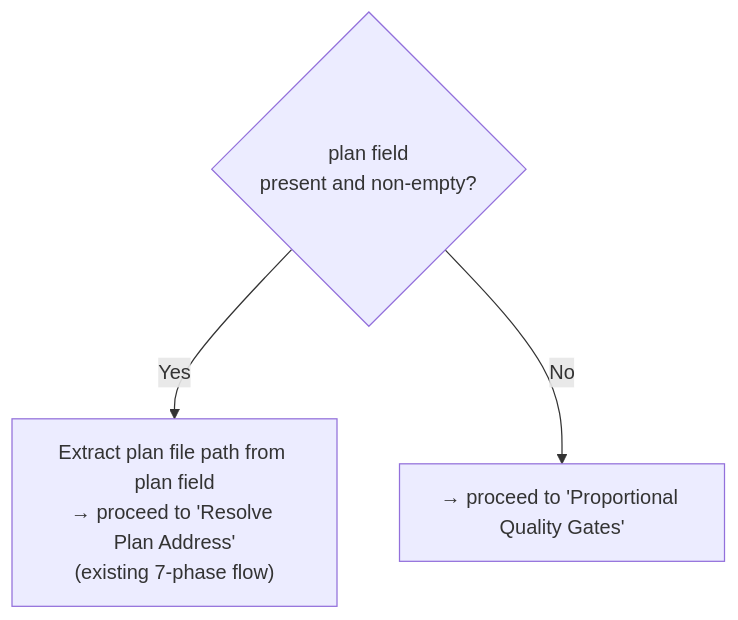
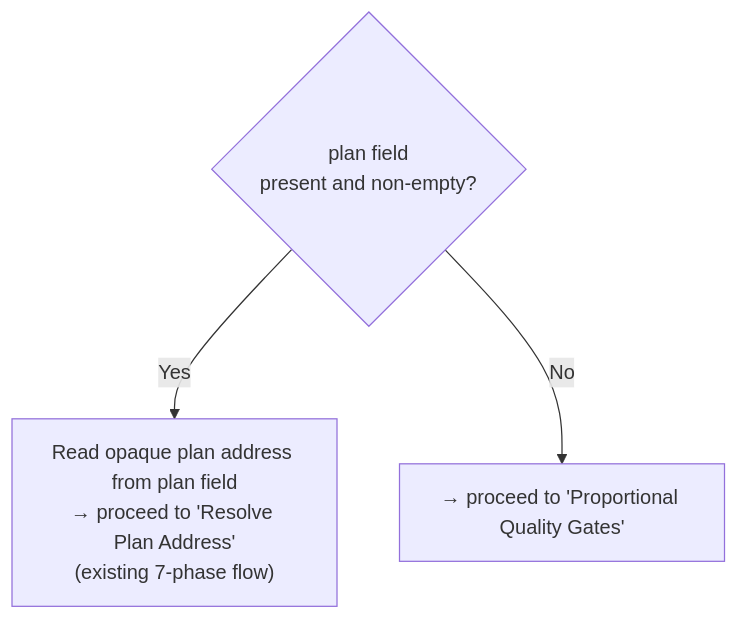
The second of 8 diagrams in plugins/development-harness/skills/complete-implementation/SKILL.md (Jamie-BitFlight/claude_skills), drawn with Mermaid before and after one commit. The commit also changed other lines of this file and 41 other files, not shown here.

````diff
--- a/plugins/development-harness/skills/complete-implementation/SKILL.md
+++ b/plugins/development-harness/skills/complete-implementation/SKILL.md
@@ -85,6 +90,6 @@
 ```mermaid
 flowchart TD
     Plan{plan field<br>present and non-empty?}
-    Plan -->|Yes| AutoResolve["Extract plan file path from plan field<br>→ proceed to 'Resolve Plan Address'<br>(existing 7-phase flow)"]
+    Plan -->|Yes| AutoResolve["Read opaque plan address from plan field<br>→ proceed to 'Resolve Plan Address'<br>(existing 7-phase flow)"]
     Plan -->|No| PropFlow["→ proceed to 'Proportional Quality Gates'"]
 ```
````
